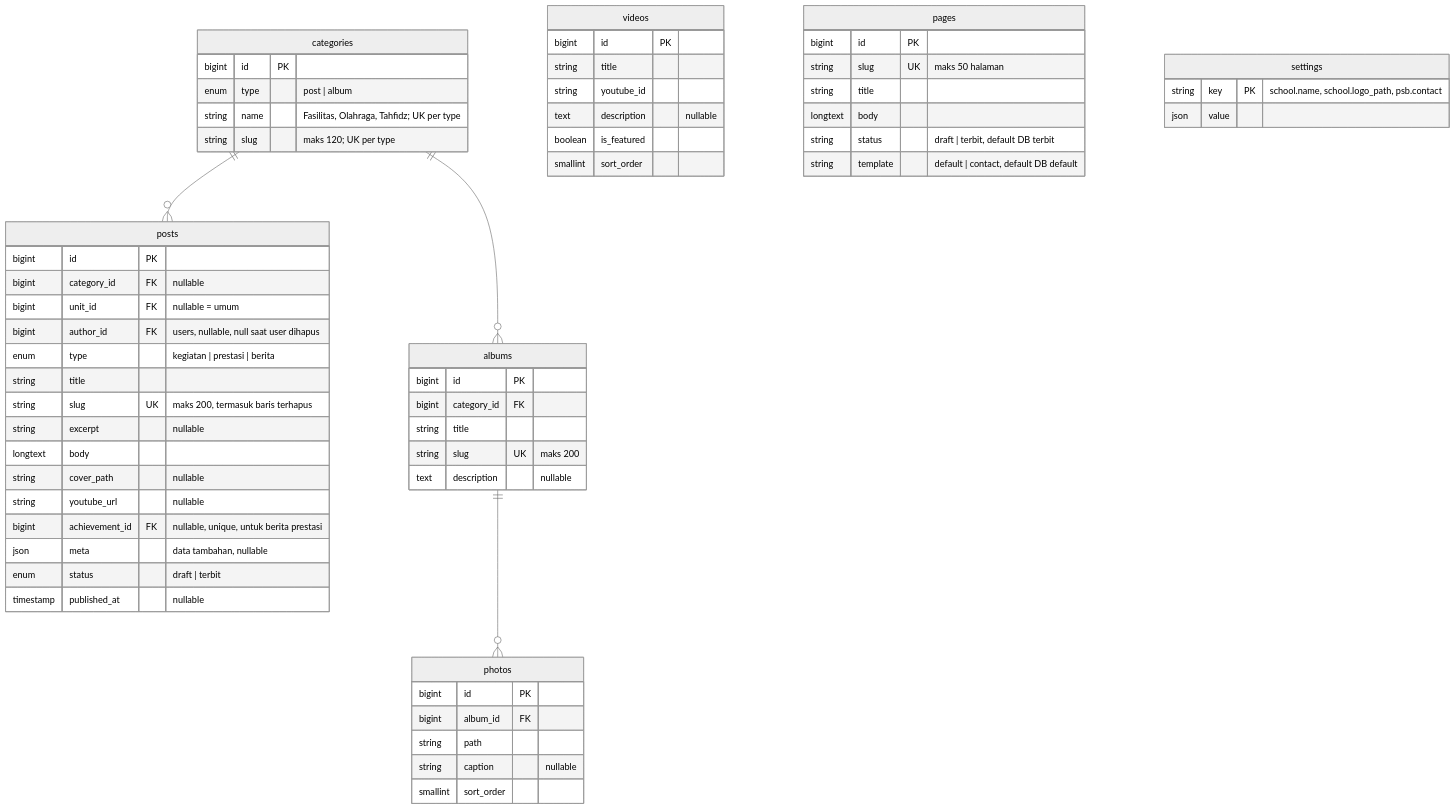
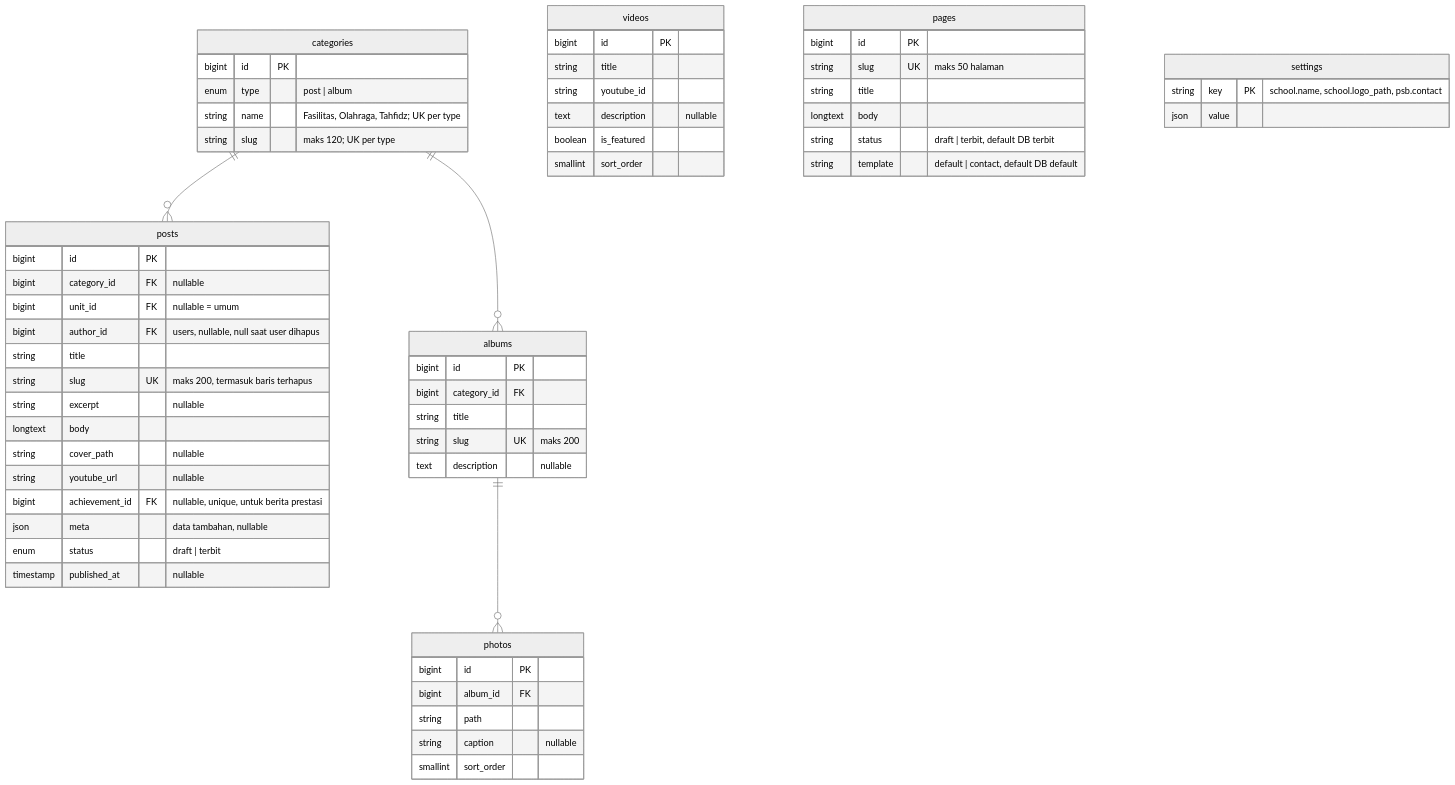
One commit to dankedev/pondok changed the tenth of 11 diagrams in docs/erd.md. Above: the diagram before and after it, drawn with Mermaid (neutral theme). The commit also changed other lines of this file and 1 other file, not shown here.

Commit message:
docs(konten): catat taksonomi berita di ERD dan rencana F049

````diff
--- a/docs/erd.md
+++ b/docs/erd.md
@@ -750,64 +750,63 @@
 ```mermaid
 erDiagram
   categories {
     bigint id PK
     enum type "post | album"
     string name "Fasilitas, Olahraga, Tahfidz; UK per type"
     string slug "maks 120; UK per type"
   }
   posts {
     bigint id PK
     bigint category_id FK "nullable"
     bigint unit_id FK "nullable = umum"
     bigint author_id FK "users, nullable, null saat user dihapus"
-    enum type "kegiatan | prestasi | berita"
     string title
     string slug UK "maks 200, termasuk baris terhapus"
     string excerpt "nullable"
     longtext body
     string cover_path "nullable"
     string youtube_url "nullable"
     bigint achievement_id FK "nullable, unique, untuk berita prestasi"
     json meta "data tambahan, nullable"
     enum status "draft | terbit"
     timestamp published_at "nullable"
   }
   albums {
     bigint id PK
     bigint category_id FK
     string title
     string slug UK "maks 200"
     text description "nullable"
   }
   photos {
     bigint id PK
     bigint album_id FK
     string path
     string caption "nullable"
     smallint sort_order
   }
   videos {
     bigint id PK
     string title
     string youtube_id
     text description "nullable"
     boolean is_featured
     smallint sort_order
   }
   pages {
     bigint id PK
     string slug UK "maks 50 halaman"
     string title
     longtext body
     string status "draft | terbit, default DB terbit"
     string template "default | contact, default DB default"
   }
   settings {
     string key PK "school.name, school.logo_path, psb.contact"
     json value
   }
   categories ||--o{ posts : ""
   categories ||--o{ albums : ""
   albums ||--o{ photos : ""
   
 ```
````
